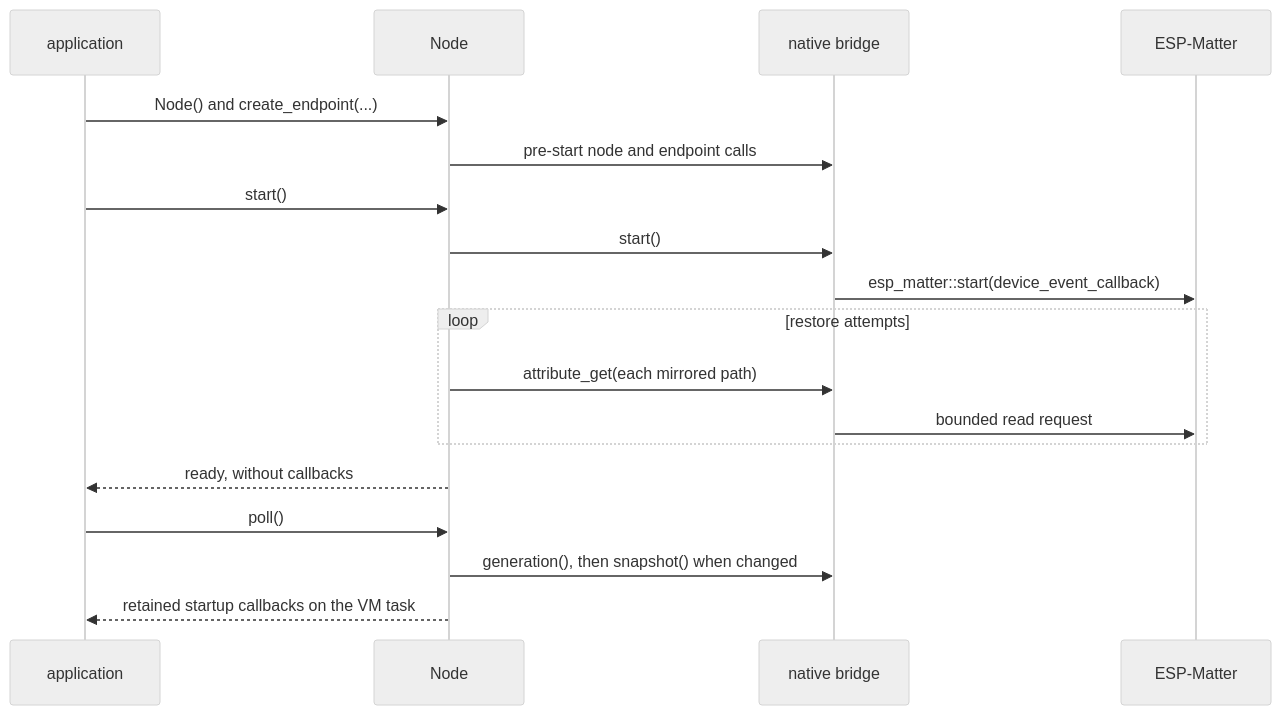
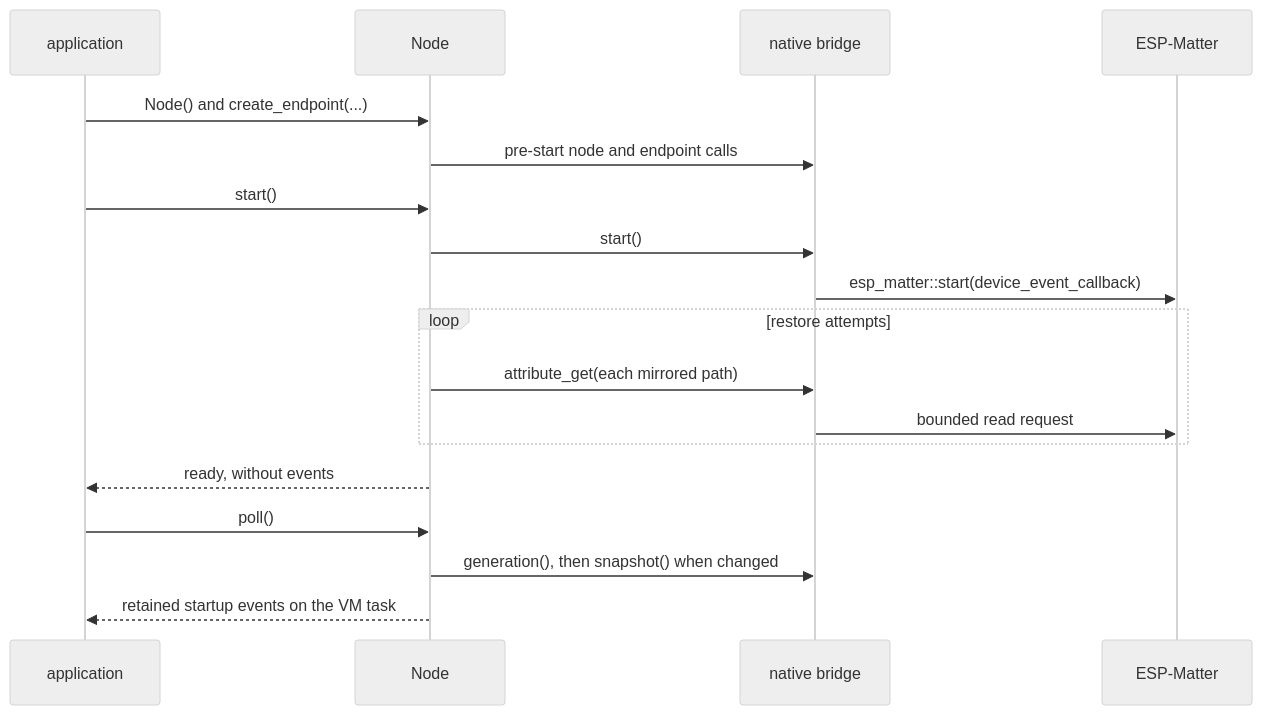
The second of 3 diagrams in firmware-packages/matter/ARCHITECTURE.md (khlam/micropython-boardfarm), drawn with Mermaid (neutral theme) before and after one commit. The commit also changed other lines of this file and 22 other files, not shown here.

````diff
--- a/firmware-packages/matter/ARCHITECTURE.md
+++ b/firmware-packages/matter/ARCHITECTURE.md
@@ -60,21 +60,21 @@
 ```mermaid
 sequenceDiagram
     participant app as application
     participant py as Node
     participant native as native bridge
     participant chip as ESP-Matter
 
     app->>py: Node() and create_endpoint(...)
     py->>native: pre-start node and endpoint calls
     app->>py: start()
     py->>native: start()
     native->>chip: esp_matter::start(device_event_callback)
     loop restore attempts
         py->>native: attribute_get(each mirrored path)
         native->>chip: bounded read request
     end
-    py-->>app: ready, without callbacks
+    py-->>app: ready, without events
     app->>py: poll()
     py->>native: generation(), then snapshot() when changed
-    py-->>app: retained startup callbacks on the VM task
+    py-->>app: retained startup events on the VM task
 ```
````
